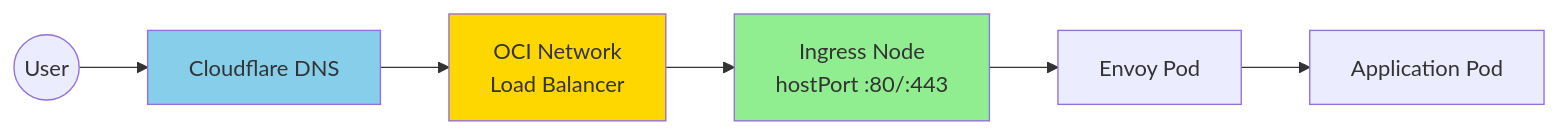
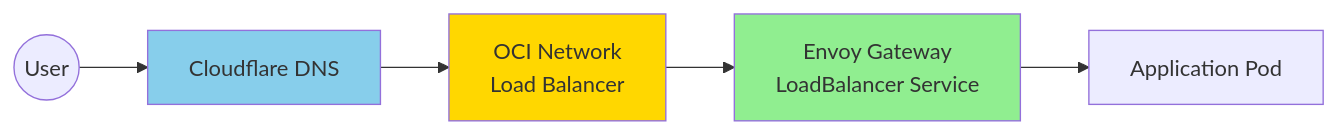
One commit to nsudhanva/k8s-oracle changed the first of 3 diagrams in docs/src/content/docs/architecture/ingress.md. Above: the diagram before and after it, drawn with Mermaid. The commit also changed other lines of this file and 5 other files, not shown here.

````diff
--- a/docs/src/content/docs/architecture/ingress.md
+++ b/docs/src/content/docs/architecture/ingress.md
@@ -29,12 +10,11 @@
 ```mermaid
 flowchart LR
     User((User)) --> DNS[Cloudflare DNS]
     DNS --> NLB[OCI Network<br/>Load Balancer]
-    NLB --> Ingress[Ingress Node<br/>hostPort :80/:443]
-    Ingress --> Envoy[Envoy Pod]
+    NLB --> Envoy[Envoy Gateway<br/>LoadBalancer Service]
     Envoy --> Pod[Application Pod]
 
     style NLB fill:#FFD700
-    style Ingress fill:#90EE90
+    style Envoy fill:#90EE90
     style DNS fill:#87CEEB
 ```
````
